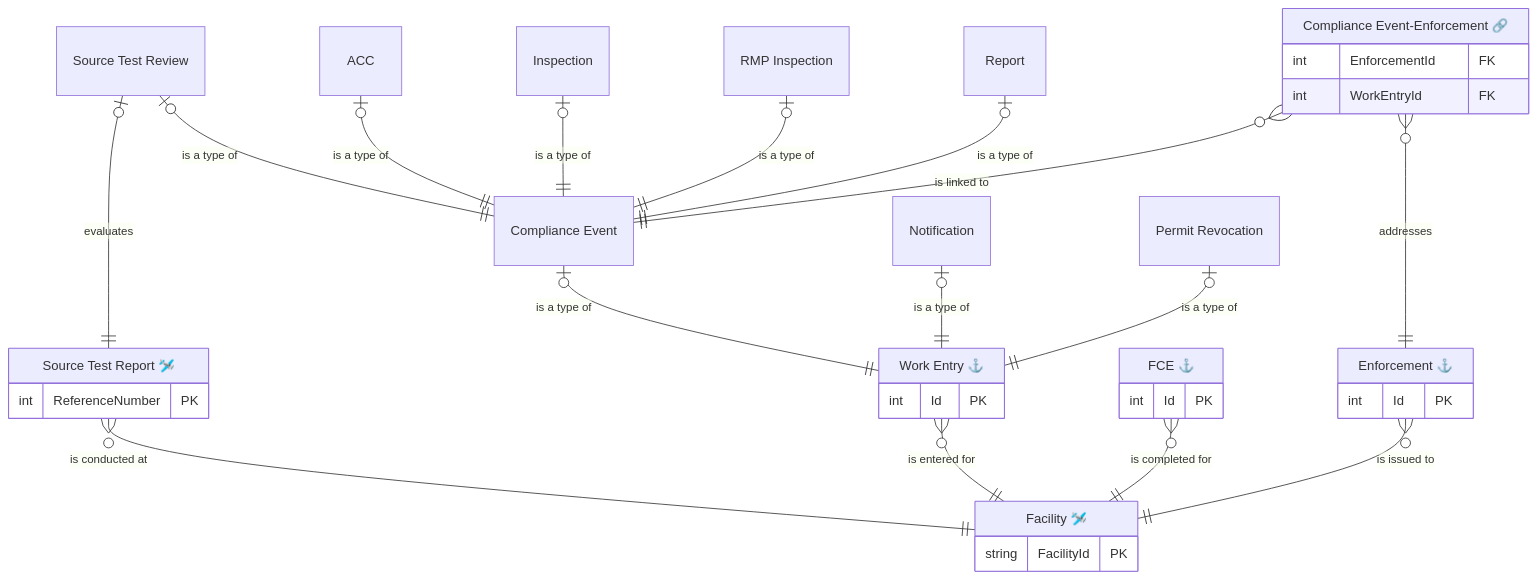
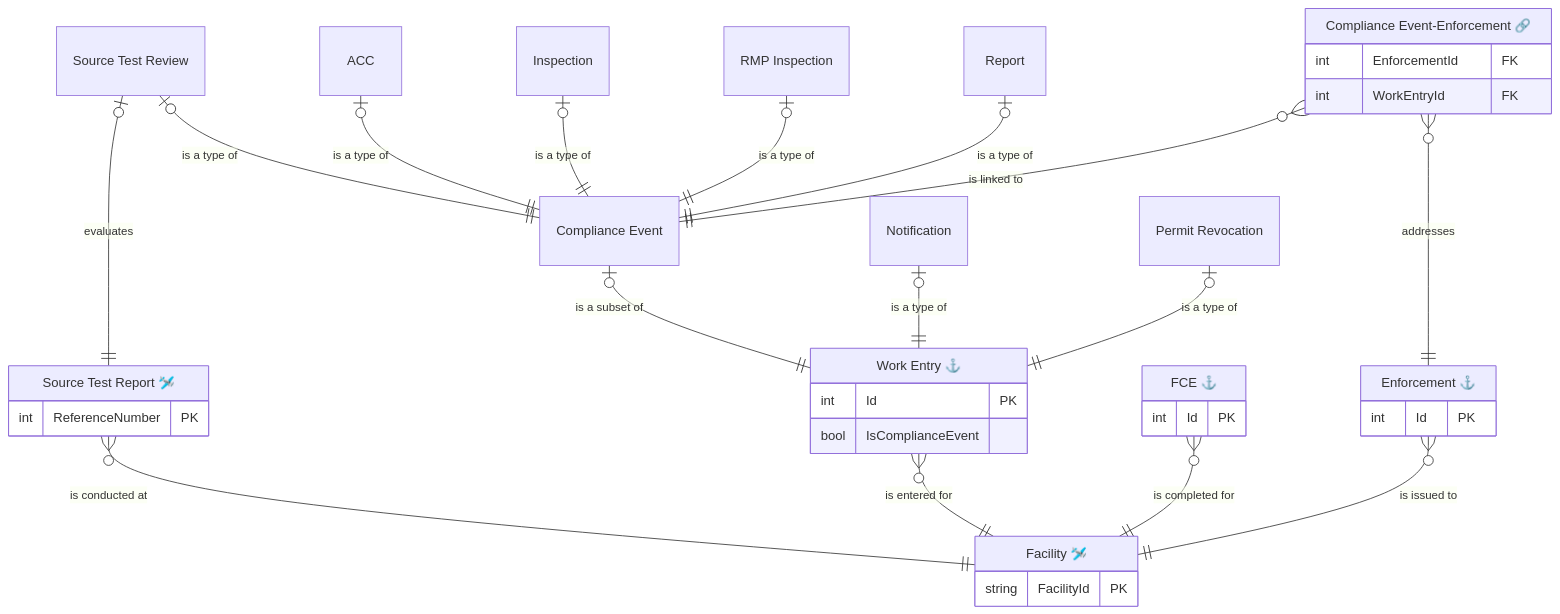
Before and after one commit to gaepdit/air-web: the diagram in docs/Workflows/Compliance.md, drawn with Mermaid. The commit also changed other lines of this file and 12 other files, not shown here.

Commit message:
Combine Compliance Event with Work Entry entity

````diff
--- a/docs/Workflows/Compliance.md
+++ b/docs/Workflows/Compliance.md
@@ -28,60 +26,61 @@
 ```mermaid
 erDiagram
     FAC["Facility 🛩️"] {
     string FacilityId PK
 }
 
     TST["Source Test Report 🛩️"] {
     int ReferenceNumber PK
 }
 
     FCE["FCE ⚓"] {
     int Id PK
 }
 
     WRK["Work Entry ⚓"] {
     int Id PK
+    bool IsComplianceEvent
 }
 
     CME["Compliance Event"]
 
         STR["Source Test Review"]
         ACC["ACC"]
         INS["Inspection"]
         RMP["RMP Inspection"]
         REP["Report"]
 
     NOT["Notification"]
     
     REV["Permit Revocation"]
 
     ENF["Enforcement ⚓"] {
     int Id PK
 }
 
     CEL["Compliance Event-Enforcement 🔗"] {
     int EnforcementId FK
     int WorkEntryId FK
 }
 
 STR |o--|| CME : "is a type of"
 ACC |o--|| CME : "is a type of"
 INS |o--|| CME : "is a type of"
 RMP |o--|| CME : "is a type of"
 REP |o--|| CME : "is a type of"
 
-CME |o--|| WRK : "is a type of"
+CME |o--|| WRK : "is a subset of"
 NOT |o--|| WRK : "is a type of"
 REV |o--|| WRK : "is a type of"
 
 STR |o--|| TST : "evaluates"
 
 TST }o--|| FAC : "is conducted at"
 WRK }o--|| FAC : "is entered for"
 FCE }o--|| FAC : "is completed for"
 ENF }o--|| FAC : "is issued to"
 
 CEL }o--|| ENF : "addresses"
 CEL }o--|| CME : "is linked to"
 
 ```
````
